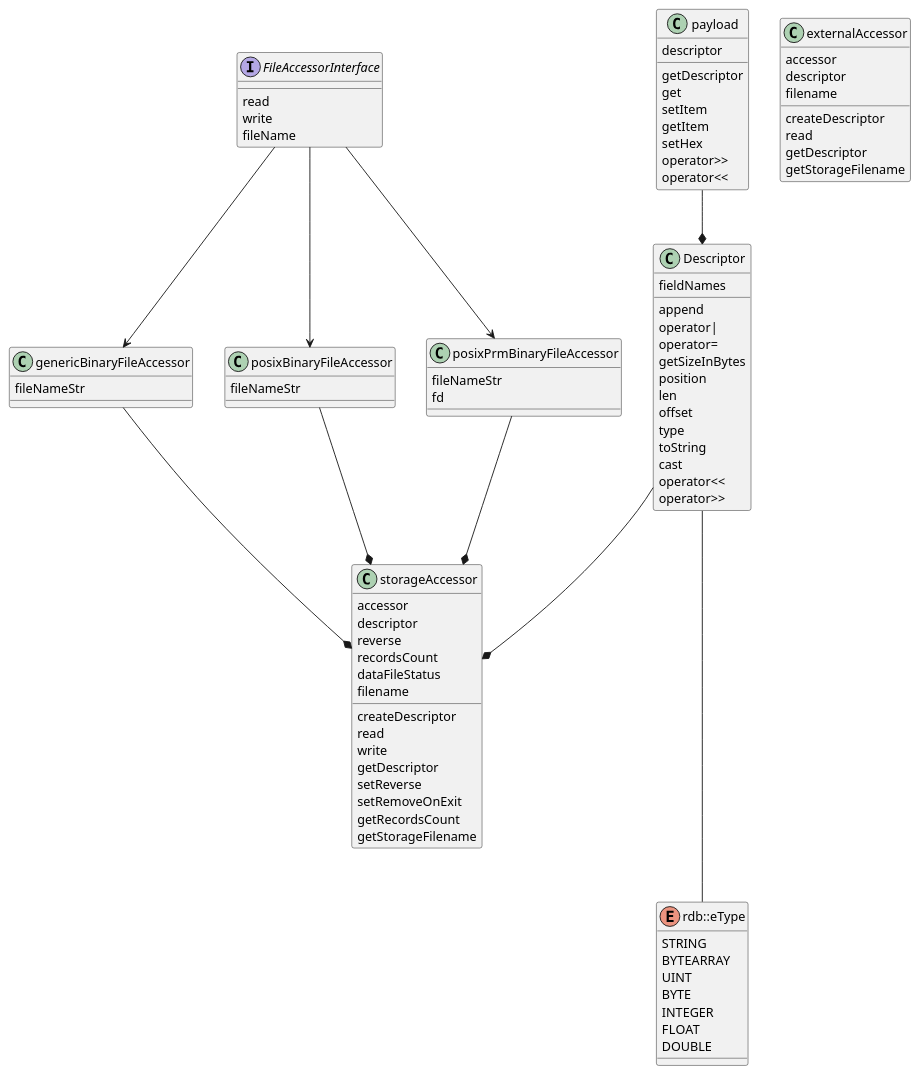
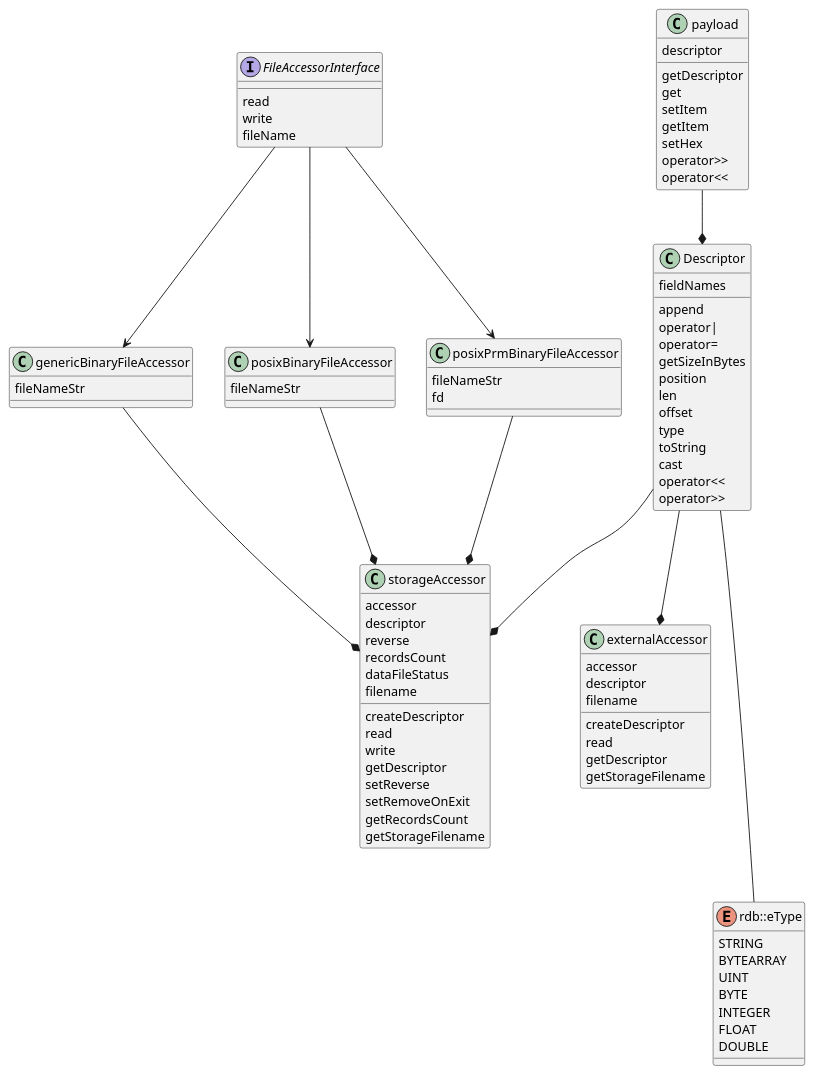
The diagram in src/include/rdb/UML/rdb.puml (michalwidera/retractordb), drawn with PlantUML before and after one commit.

Commit message:
ref to desc

```diff
--- a/src/include/rdb/UML/rdb.puml
+++ b/src/include/rdb/UML/rdb.puml
@@ -1,106 +1,107 @@
 @startuml
 
 class Descriptor {
     {field} fieldNames
 
     {method} append
     {method} operator|
     {method} operator=
     {method} getSizeInBytes
     {method} position
     {method} len
     {method} offset
     {method} type
     {method} toString
     {method} cast
     {method} operator<<
     {method} operator>>
 }
 
 class genericBinaryFileAccessor {
     {field} fileNameStr
 }
 
 
 class posixBinaryFileAccessor {
     {field} fileNameStr
 }
 
 class posixPrmBinaryFileAccessor {
     {field} fileNameStr
     {field} fd
 }
 
 
 interface FileAccessorInterface {
     {method} read
     {method} write
     {method} fileName
 }
 
 class payload {
     {field} descriptor
 
     {method} getDescriptor
     {method} get
     {method} setItem
     {method} getItem
     {method} setHex
     {method} operator>>
     {method} operator<<
 }
 
 class storageAccessor {
     {field} accessor
     {field} descriptor
     {field} reverse
     {field} recordsCount
     {field} dataFileStatus
     {field} filename
 
     {method} createDescriptor
     {method} read
     {method} write
     {method} getDescriptor
     {method} setReverse
     {method} setRemoveOnExit
     {method} getRecordsCount
     {method} getStorageFilename
 }
 
 class externalAccessor {
     {field} accessor
     {field} descriptor
     {field} filename
 
     {method} createDescriptor
     {method} read
     {method} getDescriptor
     {method} getStorageFilename
 }
 
 enum rdb::eType {
     STRING
     BYTEARRAY
     UINT
     BYTE
     INTEGER
     FLOAT
     DOUBLE
 }
 
 FileAccessorInterface --> genericBinaryFileAccessor
 FileAccessorInterface --> posixBinaryFileAccessor
 FileAccessorInterface --> posixPrmBinaryFileAccessor
 
 genericBinaryFileAccessor --* storageAccessor
 posixBinaryFileAccessor --* storageAccessor
 posixPrmBinaryFileAccessor --* storageAccessor
 
 Descriptor --* storageAccessor
+Descriptor --* externalAccessor
 
 Descriptor --- rdb::eType
 
 payload --* Descriptor
 
 @enduml
```
